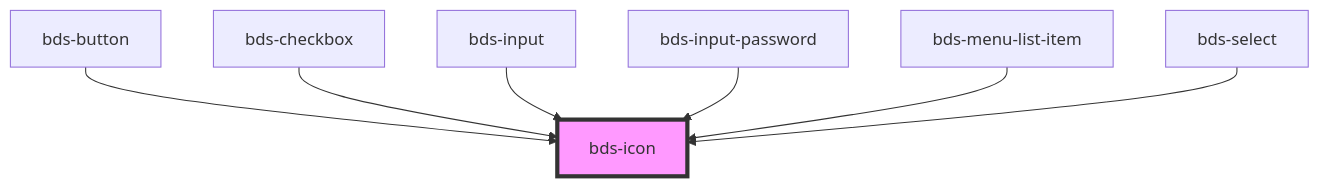
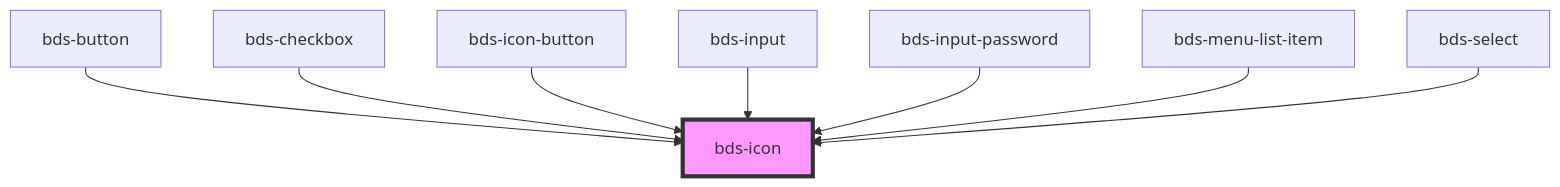
Before and after one commit to takenet/blip-ds: the diagram in src/components/icon/readme.md, drawn with Mermaid. The commit also changed other lines of this file and 7 other files, not shown here.

First line of the commit message:
feat(component): added icon button

````diff
--- a/src/components/icon/readme.md
+++ b/src/components/icon/readme.md
@@ -35,10 +36,11 @@
 ```mermaid
 graph TD;
   bds-button --> bds-icon
   bds-checkbox --> bds-icon
+  bds-icon-button --> bds-icon
   bds-input --> bds-icon
   bds-input-password --> bds-icon
   bds-menu-list-item --> bds-icon
   bds-select --> bds-icon
   style bds-icon fill:#f9f,stroke:#333,stroke-width:4px
 ```
````
